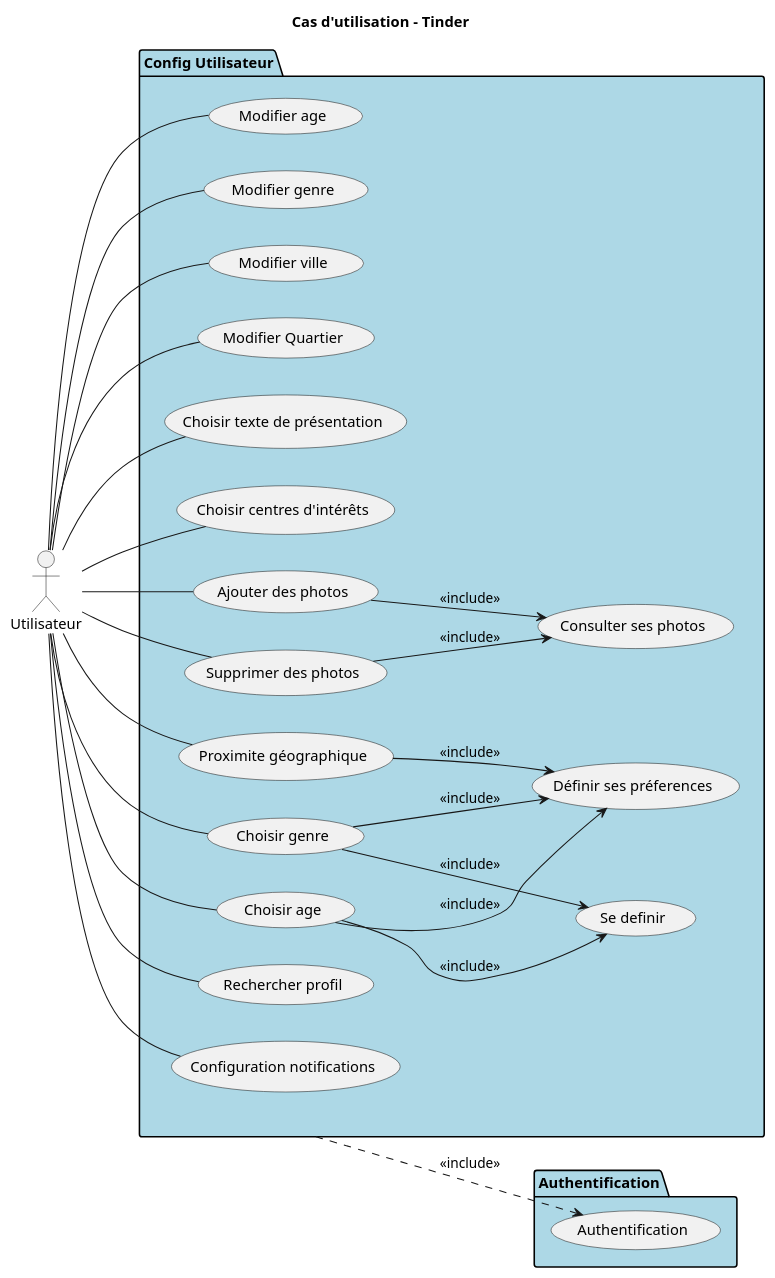
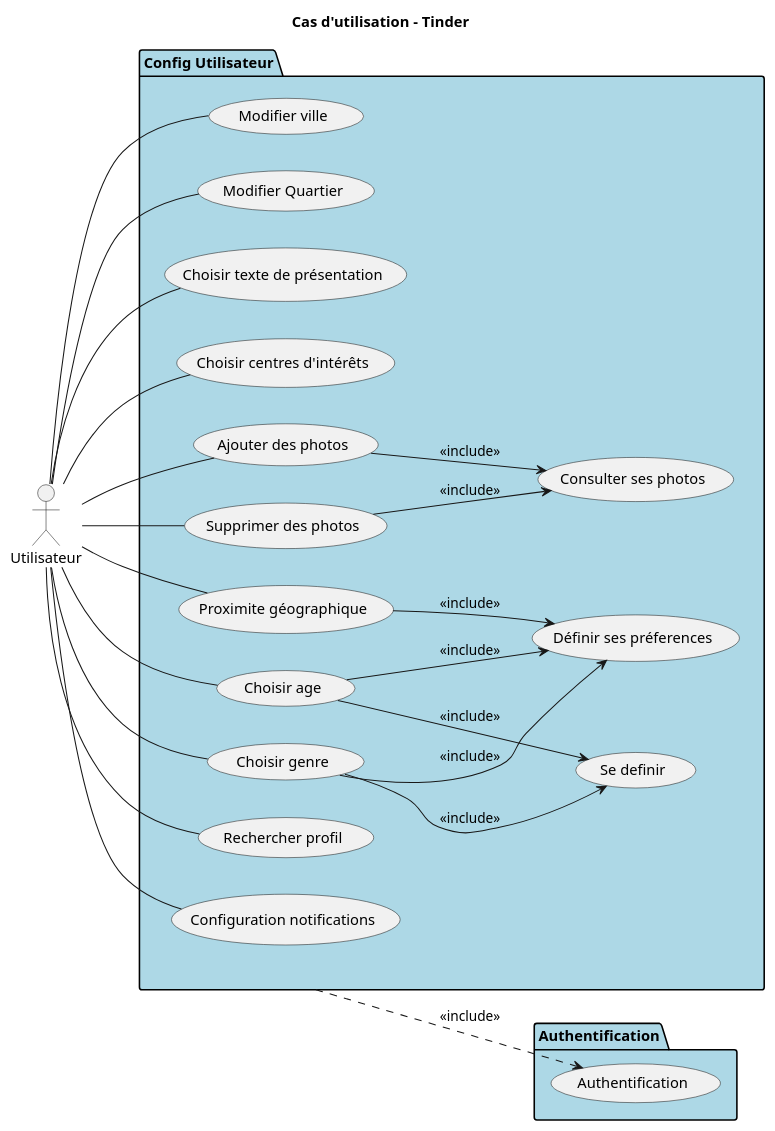
One commit to MinaroliCorentin/PSO changed the diagram in src/Projet_Tinder_Cas_Utilisation_Configuration_Utilisateur.puml. Above: the diagram before and after it, drawn with PlantUML. The commit also changed 2 other files, not shown here.

Commit message:
Retrait de modifier age / modifer genre qui faisait doublons

```diff
--- a/src/Projet_Tinder_Cas_Utilisation_Configuration_Utilisateur.puml
+++ b/src/Projet_Tinder_Cas_Utilisation_Configuration_Utilisateur.puml
@@ -1,65 +1,62 @@
 @startuml
 
 left to right direction
 title Cas d'utilisation - Tinder
 
 actor Utilisateur
 
 package "Authentification" #LightBlue {
 
     usecase "Authentification" as auth
 
 }
 
 
 package "Config Utilisateur" #LightBlue {
 
-    usecase "Modifier age" as modif_Age
-    usecase "Modifier genre" as modif_Genre
     usecase "Modifier ville" as modif_Ville
     usecase "Modifier Quartier" as modif_Quartier
     usecase "Choisir texte de présentation" as modif_Texte_Presentation
     usecase "Choisir centres d'intérêts" as modif_Centre_Interets
     usecase "Consulter ses photos" as modif_Consultation
     usecase "Ajouter des photos" as modif_Ajouter_Photos
     usecase "Supprimer des photos" as modif_Supprimer_Photos
     usecase "Définir ses préferences" as modif_pref
     usecase "Proximite géographique" as modif_proximite
     usecase "Choisir age" as modif_age
     usecase "Choisir genre" as modif_genre
     usecase "Rechercher profil" as modif_critere_visibilite_autres
     usecase "Configuration notifications" as modif_notif
     usecase "Se definir" as modif_definir
 
     modif_proximite --> modif_pref : <<include>>
 
     modif_genre --> modif_definir : <<include>>
     modif_genre --> modif_pref : <<include>>
 
     modif_age --> modif_definir : <<include>>
     modif_age --> modif_pref : <<include>>
 
-    Utilisateur -- modif_Age
-    Utilisateur -- modif_Genre
+
     Utilisateur -- modif_Ville
     Utilisateur -- modif_Quartier
     Utilisateur -- modif_Texte_Presentation
     Utilisateur -- modif_Centre_Interets
     Utilisateur -- modif_Supprimer_Photos
     Utilisateur -- modif_Ajouter_Photos
     Utilisateur -- modif_genre
     Utilisateur -- modif_age
     Utilisateur -- modif_proximite
     Utilisateur -- modif_critere_visibilite_autres
     Utilisateur -- modif_notif
 
     modif_Supprimer_Photos --> modif_Consultation : <<include>>
 
     modif_Ajouter_Photos --> modif_Consultation : <<include>>
 
 }
 
 "Config Utilisateur"  ..> auth : <<include>>
 
 
 @enduml
```
